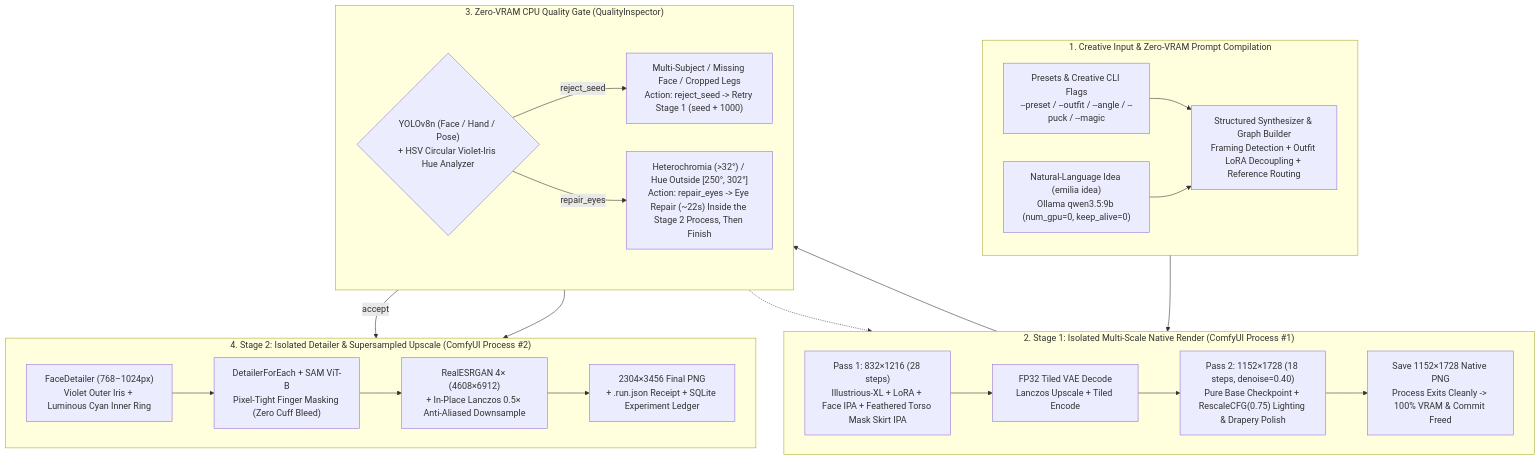
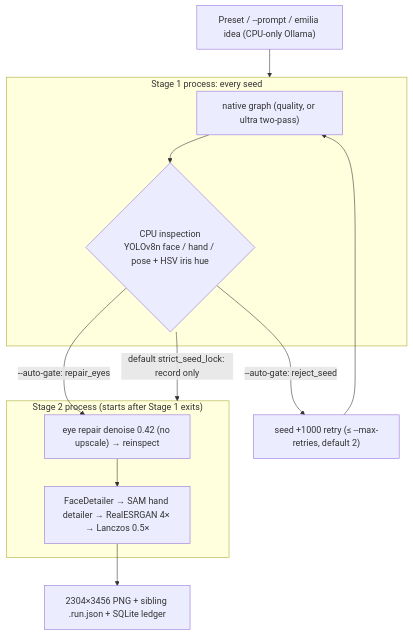
Before and after one commit to just1cez/emilia_studio: the diagram in README.en.md, drawn with Mermaid. The commit also changed other lines of this file and 5 other files, not shown here.

````diff
--- a/README.en.md
+++ b/README.en.md
@@ -25,43 +43,15 @@
 ```mermaid
 flowchart TB
-    subgraph L1["1. Creative Input & Zero-VRAM Prompt Compilation"]
-        direction LR
-        IN1["Presets & Creative CLI Flags<br/>--preset / --outfit / --angle / --puck / --magic"]
-        IN2["Natural-Language Idea (emilia idea)<br/>Ollama qwen3.5:9b (num_gpu=0, keep_alive=0)"]
-        COMP["Structured Synthesizer & Graph Builder<br/>Framing Detection + Outfit LoRA Decoupling + Reference Routing"]
-        IN1 & IN2 --> COMP
+    IN["Preset / --prompt / emilia idea (CPU-only Ollama)"] --> S1
+    subgraph S1["Stage 1 process: every seed"]
+        N["native graph (quality, or ultra two-pass)"] --> G{"CPU inspection<br/>YOLOv8n face / hand / pose + HSV iris hue"}
     end
-
-    subgraph L2["2. Stage 1: Isolated Multi-Scale Native Render (ComfyUI Process #1)"]
-        direction LR
-        P1["Pass 1: 832×1216 (28 steps)<br/>Illustrious-XL + LoRA + Face IPA + Feathered Torso Mask Skirt IPA"]
-        BR["FP32 Tiled VAE Decode<br/>Lanczos Upscale + Tiled Encode"]
-        P2["Pass 2: 1152×1728 (18 steps, denoise=0.40)<br/>Pure Base Checkpoint + RescaleCFG(0.75) Lighting & Drapery Polish"]
-        EXIT1["Save 1152×1728 Native PNG<br/>Process Exits Cleanly -> 100% VRAM & Commit Freed"]
-        P1 --> BR --> P2 --> EXIT1
+    G -- "default strict_seed_lock: record only" --> S2
+    G -- "--auto-gate: reject_seed" --> R["seed +1000 retry (≤ --max-retries, default 2)"] --> N
+    G -- "--auto-gate: repair_eyes" --> E
+    subgraph S2["Stage 2 process (starts after Stage 1 exits)"]
+        E["eye repair denoise 0.42 (no upscale) → reinspect"] --> F
+        F["FaceDetailer → SAM hand detailer → RealESRGAN 4× → Lanczos 0.5×"]
     end
-
-    subgraph L3["3. Zero-VRAM CPU Quality Gate (QualityInspector)"]
-        direction LR
-        GATE{"YOLOv8n (Face / Hand / Pose)<br/>+ HSV Circular Violet-Iris Hue Analyzer"}
-        REJ["Multi-Subject / Missing Face / Cropped Legs<br/>Action: reject_seed -> Retry Stage 1 (seed + 1000)"]
-        EYE["Heterochromia (>32°) / Hue Outside [250°, 302°]<br/>Action: repair_eyes -> Eye Repair (~22s) Inside the Stage 2 Process, Then Finish"]
-        GATE -- "reject_seed" --> REJ
-        GATE -- "repair_eyes" --> EYE
-    end
-
-    subgraph L4["4. Stage 2: Isolated Detailer & Supersampled Upscale (ComfyUI Process #2)"]
-        direction LR
-        FD["FaceDetailer (768–1024px)<br/>Violet Outer Iris + Luminous Cyan Inner Ring"]
-        HD["DetailerForEach + SAM ViT-B<br/>Pixel-Tight Finger Masking (Zero Cuff Bleed)"]
-        UP["RealESRGAN 4× (4608×6912)<br/>+ In-Place Lanczos 0.5× Anti-Aliased Downsample"]
-        OUT["2304×3456 Final PNG<br/>+ .run.json Receipt + SQLite Experiment Ledger"]
-        FD --> HD --> UP --> OUT
-    end
-
-    COMP --> P1
-    EXIT1 --> GATE
-    REJ -.-> P1
-    GATE -- "accept" --> FD
-    EYE --> FD
+    F --> O["2304×3456 PNG + sibling .run.json + SQLite ledger"]
 ```
````
